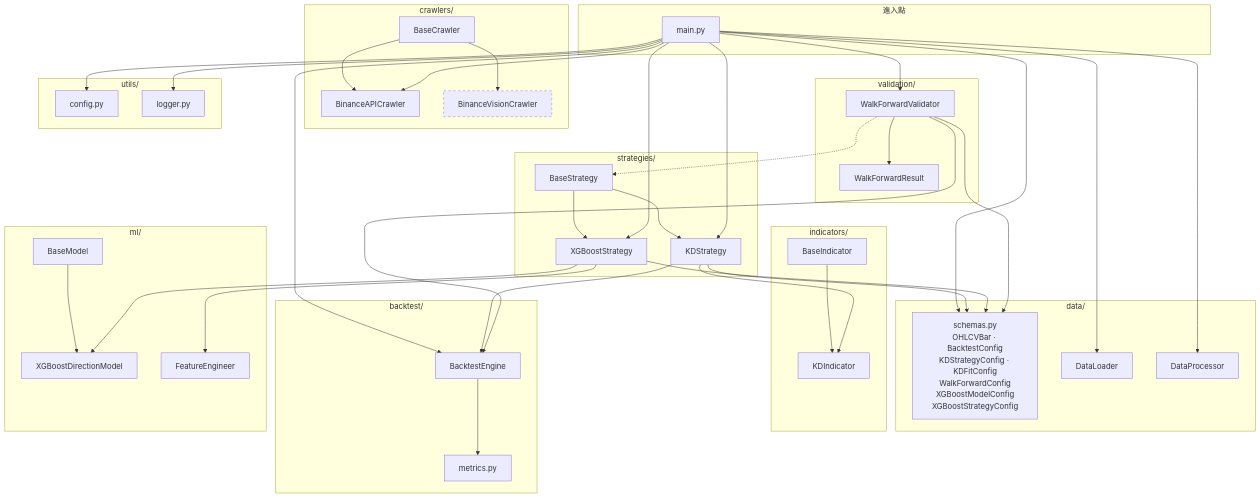
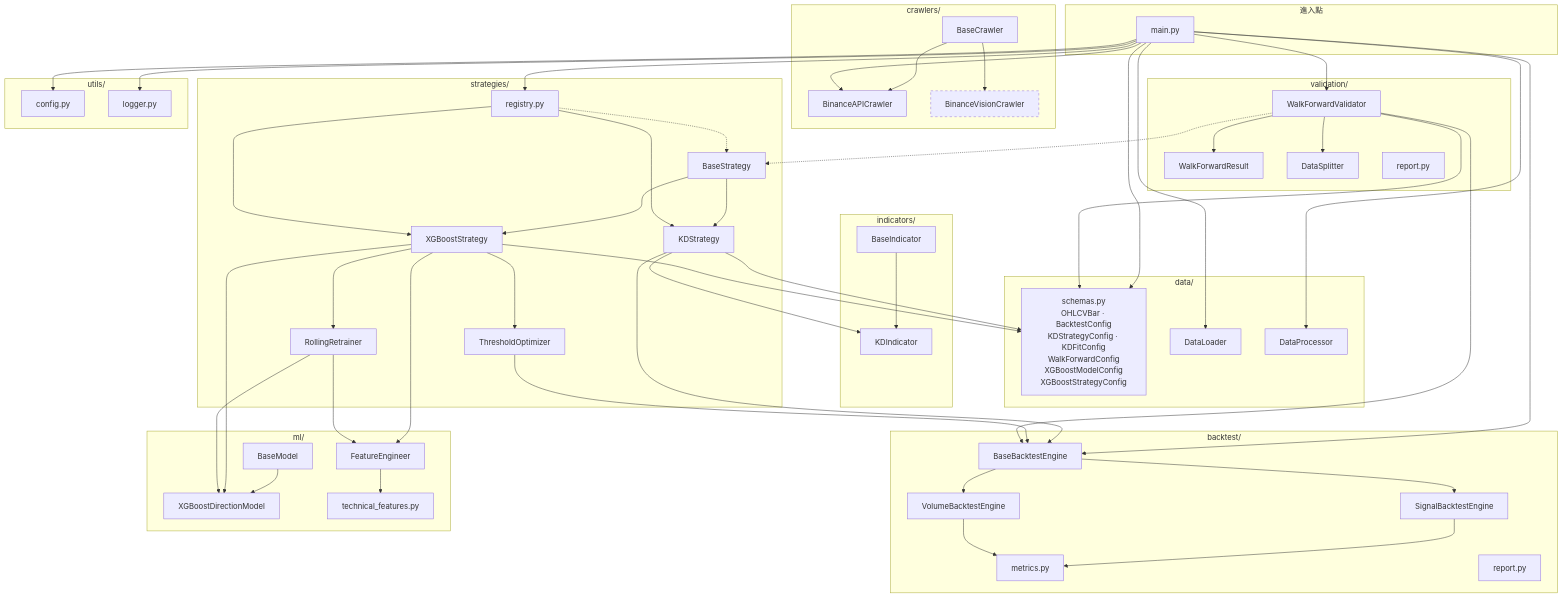
One commit to Kuan-Lun/tradingdev changed the fourth of 4 diagrams in ARCHITECTURE.md. Above: the diagram before and after it, drawn with Mermaid. The commit also changed other lines of this file, not shown here.

First line of the commit message:
docs: 同步 ARCHITECTURE.md 至當前程式架構

````diff
--- a/ARCHITECTURE.md
+++ b/ARCHITECTURE.md
@@ -377,24 +466,35 @@
         BS[BaseStrategy]
         KDS[KDStrategy]
         XGBS[XGBoostStrategy]
+        REG[registry.py]
+        RR[RollingRetrainer]
+        TO[ThresholdOptimizer]
         BS --> KDS
         BS --> XGBS
     end
 
     subgraph Backtest["backtest/"]
-        BE[BacktestEngine]
+        BBE[BaseBacktestEngine]
+        SBE[SignalBacktestEngine]
+        VBE[VolumeBacktestEngine]
         MT[metrics.py]
+        RPT[report.py]
+        BBE --> SBE
+        BBE --> VBE
     end
 
     subgraph Validation["validation/"]
         WFV[WalkForwardValidator]
         WFR[WalkForwardResult]
+        DS[DataSplitter]
+        VRPT[report.py]
     end
 
     subgraph ML["ml/"]
         BM[BaseModel]
         XGBM[XGBoostDirectionModel]
         FE[FeatureEngineer]
+        TF[technical_features.py]
         BM --> XGBM
     end
 
@@ -409,25 +509,38 @@
     MAIN --> BAC
     MAIN --> DL
     MAIN --> DP
-    MAIN --> KDS
-    MAIN --> XGBS
-    MAIN --> BE
+    MAIN --> REG
+    MAIN --> BBE
     MAIN --> WFV
+
+    REG --> KDS
+    REG --> XGBS
+    REG -.-> BS
 
     KDS --> KDI
     KDS --> SCH
-    KDS --> BE
+    KDS --> BBE
 
     XGBS --> XGBM
     XGBS --> FE
     XGBS --> SCH
+    XGBS --> RR
+    XGBS --> TO
 
-    WFV --> BE
+    RR --> XGBM
+    RR --> FE
+    TO --> BBE
+
+    FE --> TF
+
+    WFV --> BBE
     WFV --> SCH
     WFV --> WFR
+    WFV --> DS
     WFV -.-> BS
 
-    BE --> MT
+    SBE --> MT
+    VBE --> MT
 
     style BVC stroke-dasharray: 5 5
 ```
````
